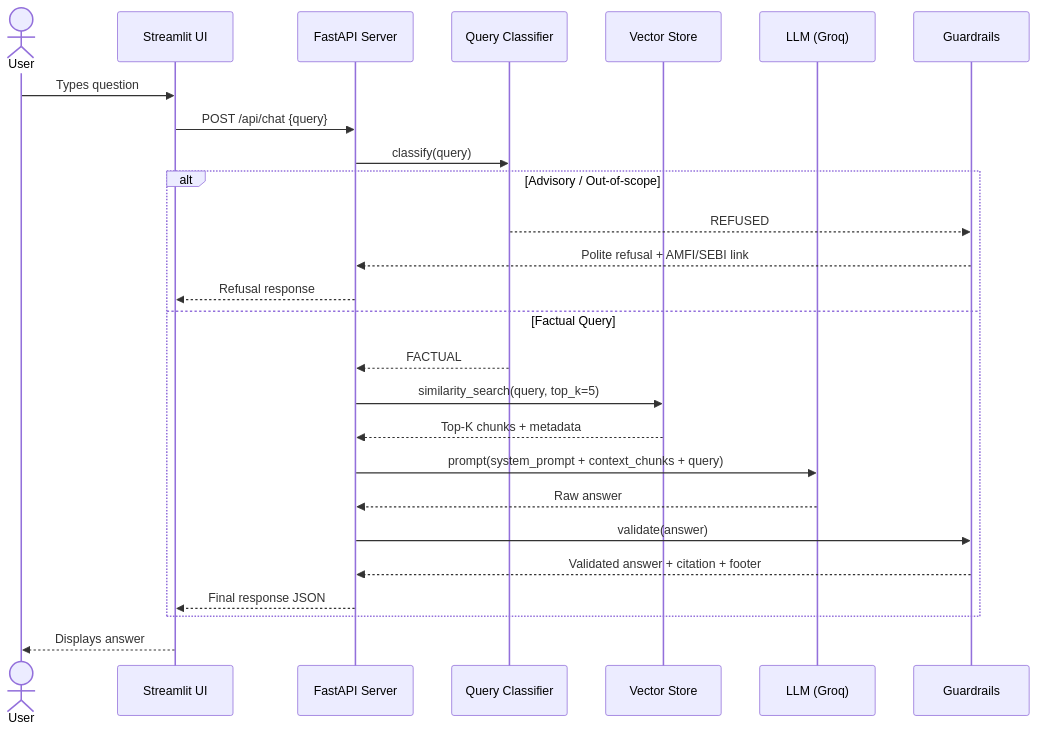
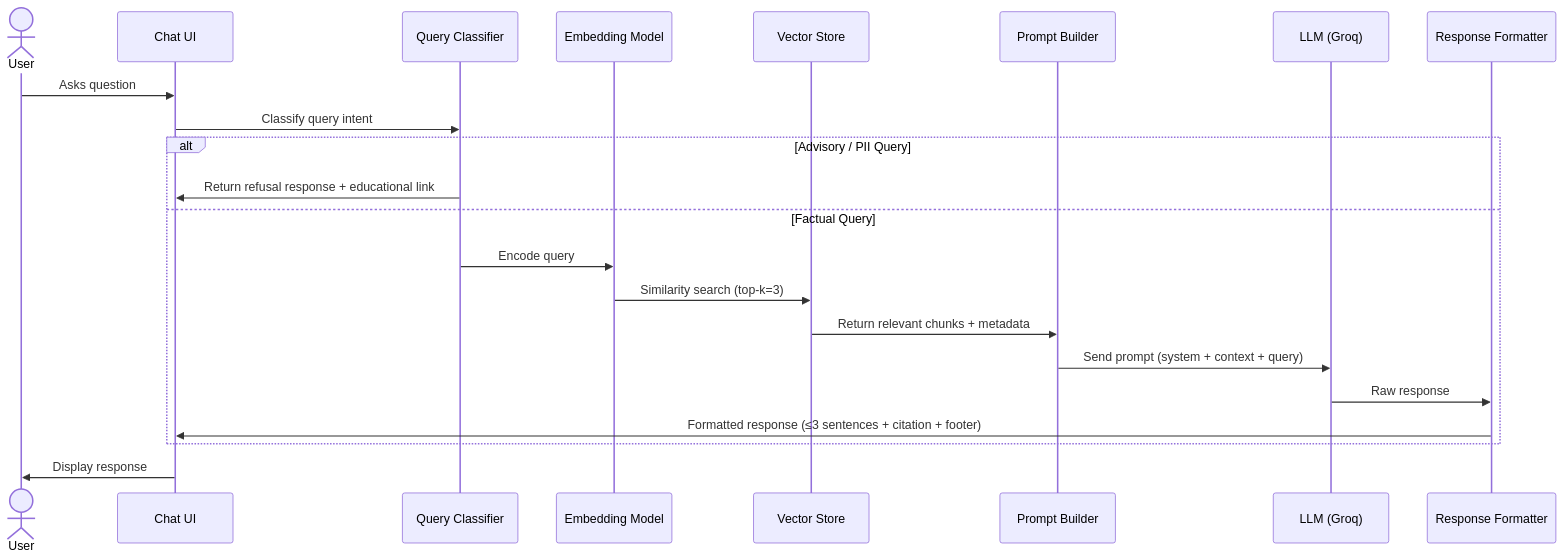
One commit to PranavKuntewar04/RAG_CHATBOT changed the fourth of 7 diagrams in docs/architecture.md. Above: the diagram before and after it, drawn with Mermaid. The commit also changed other lines of this file and 86 other files, not shown here.

````diff
--- a/docs/architecture.md
+++ b/docs/architecture.md
@@ -125,31 +196,27 @@
 ```mermaid
 sequenceDiagram
     actor User
-    participant UI as Streamlit UI
-    participant API as FastAPI Server
+    participant UI as Chat UI
     participant QC as Query Classifier
-    participant VDB as Vector Store
+    participant EMB as Embedding Model
+    participant VS as Vector Store
+    participant PB as Prompt Builder
     participant LLM as LLM (Groq)
-    participant Guard as Guardrails
+    participant RF as Response Formatter
 
-    User->>UI: Types question
-    UI->>API: POST /api/chat {query}
-    API->>QC: classify(query)
+    User->>UI: Asks question
+    UI->>QC: Classify query intent
     
-    alt Advisory / Out-of-scope
-        QC-->>Guard: REFUSED
-        Guard-->>API: Polite refusal + AMFI/SEBI link
-        API-->>UI: Refusal response
+    alt Advisory / PII Query
+        QC->>UI: Return refusal response + educational link
     else Factual Query
-        QC-->>API: FACTUAL
-        API->>VDB: similarity_search(query, top_k=5)
-        VDB-->>API: Top-K chunks + metadata
-        API->>LLM: prompt(system_prompt + context_chunks + query)
-        LLM-->>API: Raw answer
-        API->>Guard: validate(answer)
-        Guard-->>API: Validated answer + citation + footer
-        API-->>UI: Final response JSON
+        QC->>EMB: Encode query
+        EMB->>VS: Similarity search (top-k=3)
+        VS->>PB: Return relevant chunks + metadata
+        PB->>LLM: Send prompt (system + context + query)
+        LLM->>RF: Raw response
+        RF->>UI: Formatted response (≤3 sentences + citation + footer)
     end
     
-    UI-->>User: Displays answer
+    UI->>User: Display response
 ```
````
